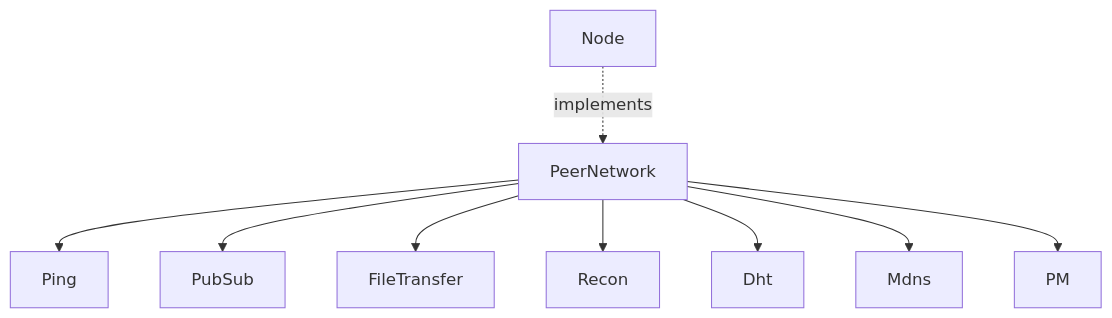
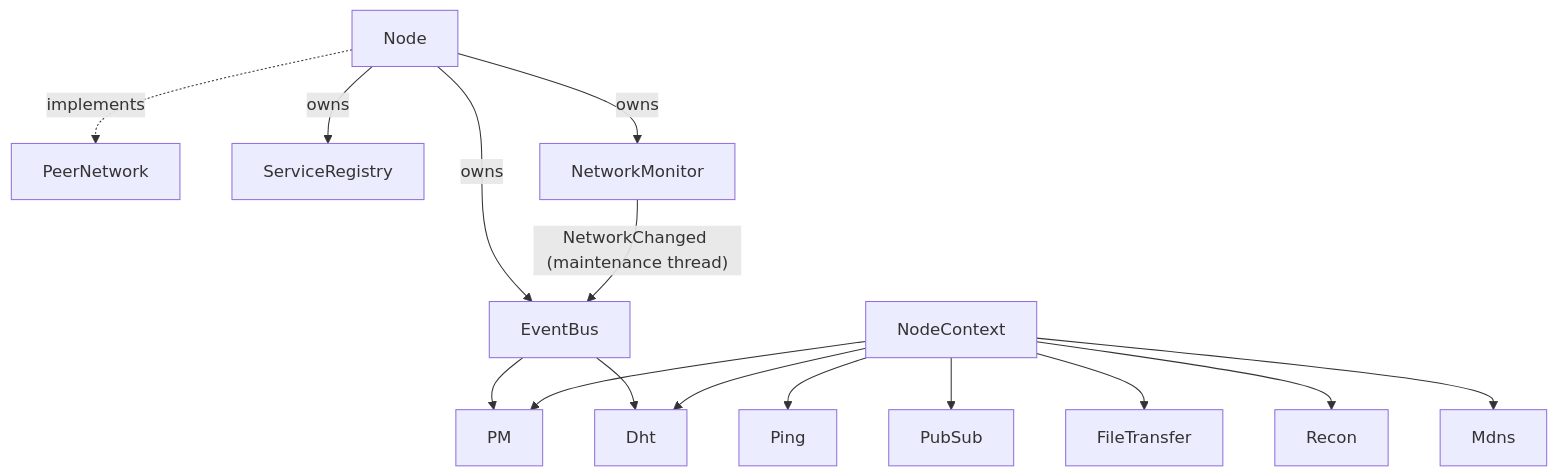
One commit to librats/librats changed the ninth of 9 diagrams in ARCHITECTURE.md. Above: the diagram before and after it, drawn with Mermaid. The commit also changed other lines of this file and 26 other files, not shown here.

Commit message:
network monitor recovered

````diff
--- a/ARCHITECTURE.md
+++ b/ARCHITECTURE.md
@@ -420,5 +467,8 @@
 ```mermaid
 flowchart TB
     Node -. implements .-> PeerNetwork
-    PeerNetwork --> Ping & PubSub & FileTransfer & Recon & Dht & Mdns & PM
+    Node -->|owns| EventBus & ServiceRegistry & NetworkMonitor
+    NetworkMonitor -->|"NetworkChanged (maintenance thread)"| EventBus
+    EventBus --> PM & Dht
+    NodeContext --> Ping & PubSub & FileTransfer & Recon & Dht & Mdns & PM
 ```
````
